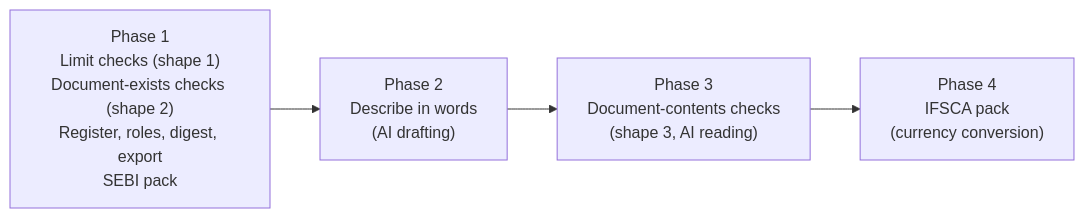
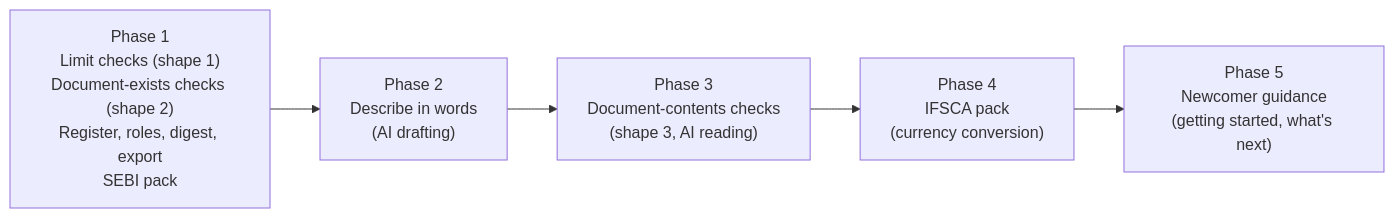
Diagram 16 of 18 in openspec/changes/fund-compliance-monitoring/proposal.md (sampadadiwan/IRM_CompanyMain), drawn with Mermaid before and after one commit. The commit also changed other lines of this file and 7 other files, not shown here.

First line of the commit message:
OpenSpec fund-compliance-monitoring: Phase 5 — newcomer guidance

````diff
--- a/openspec/changes/fund-compliance-monitoring/proposal.md
+++ b/openspec/changes/fund-compliance-monitoring/proposal.md
@@ -694,6 +696,7 @@
 ```mermaid
 flowchart LR
     P1["Phase 1<br/>Limit checks (shape 1)<br/>Document-exists checks (shape 2)<br/>Register, roles, digest, export<br/>SEBI pack"] --> P2["Phase 2<br/>Describe in words<br/>(AI drafting)"]
     P2 --> P3["Phase 3<br/>Document-contents checks<br/>(shape 3, AI reading)"]
     P3 --> P4["Phase 4<br/>IFSCA pack<br/>(currency conversion)"]
+    P4 --> P5["Phase 5<br/>Newcomer guidance<br/>(getting started, what's next)"]
 ```
````
